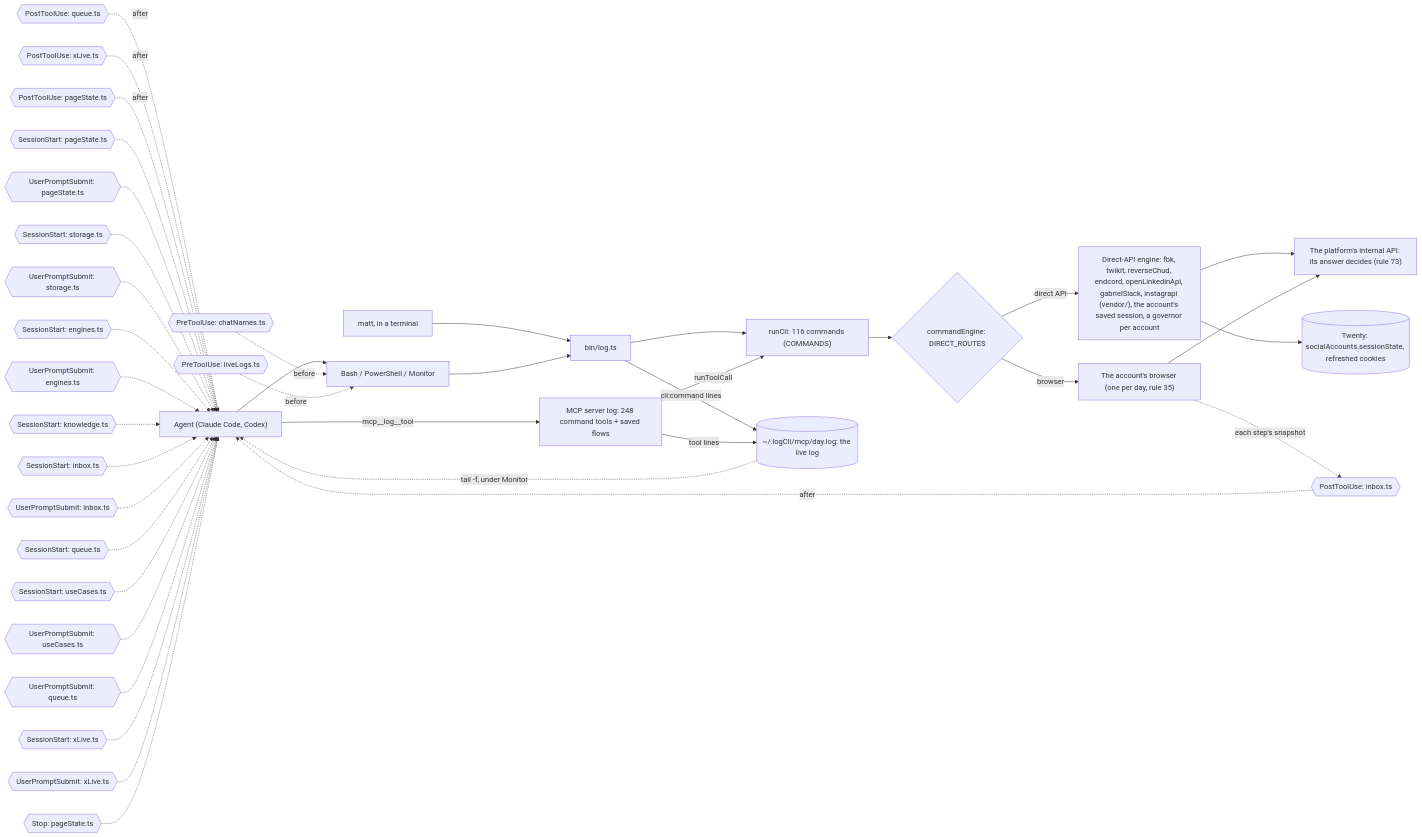
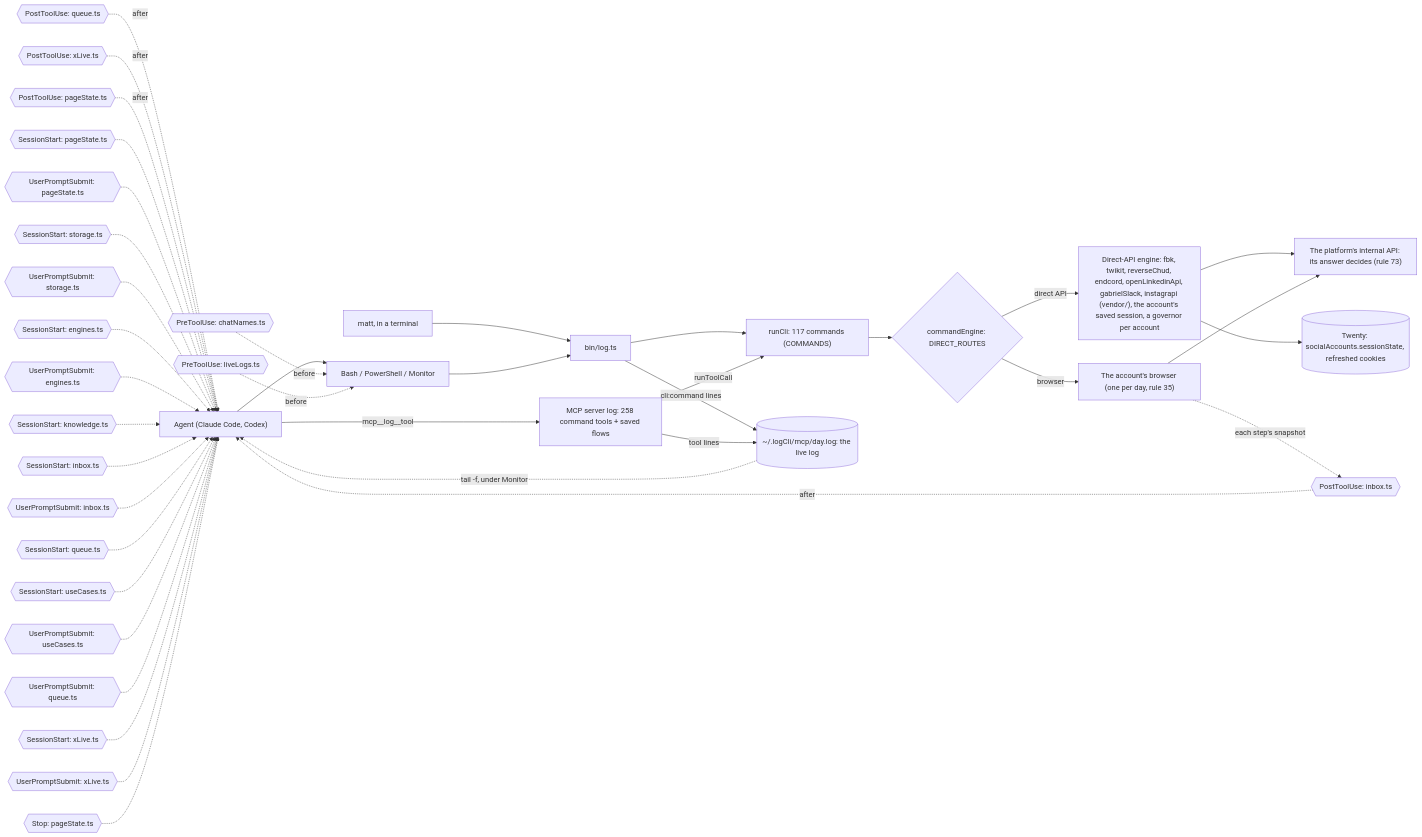
One commit to matthewdonsemail-lab/log changed the third of 6 diagrams in docs/reference.md. Above: the diagram before and after it, drawn with Mermaid. The commit also changed other lines of this file and 48 other files, not shown here.

````diff
--- a/docs/reference.md
+++ b/docs/reference.md
@@ -195,53 +195,53 @@
 ```mermaid
 flowchart LR
   agent["Agent (Claude Code, Codex)"]
   matt["matt, in a terminal"]
   shell["Bash / PowerShell / Monitor"]
-  mcp["MCP server log: 248 command tools + saved flows"]
+  mcp["MCP server log: 258 command tools + saved flows"]
   bin["bin/log.ts"]
-  runCli["runCli: 116 commands (COMMANDS)"]
+  runCli["runCli: 117 commands (COMMANDS)"]
   live[("~/.logCli/mcp/day.log: the live log")]
   engine{"commandEngine: DIRECT_ROUTES"}
   direct["Direct-API engine: fbk, twikit, reverseChud, endcord, openLinkedinApi, gabrielSlack, instagrapi (vendor/), the account's saved session, a governor per account"]
   browser["The account's browser (one per day, rule 35)"]
   api["The platform's internal API: its answer decides (rule 73)"]
   twenty[("Twenty: socialAccounts.sessionState, refreshed cookies")]
   agent --> shell
   matt --> bin
   shell --> bin
   agent -->|mcp__log__tool| mcp
   bin --> runCli
   mcp -->|runToolCall| runCli
   runCli --> engine
   engine -->|direct API| direct
   engine -->|browser| browser
   direct --> api
   browser --> api
   direct --> twenty
   bin -->|cli:command lines| live
   mcp -->|tool lines| live
   live -.->|tail -f, under Monitor| agent
   pre0{{"PreToolUse: chatNames.ts"}} -.->|before| shell
   pre1{{"PreToolUse: liveLogs.ts"}} -.->|before| shell
   post0{{"PostToolUse: inbox.ts"}} -.->|after| agent
   post1{{"PostToolUse: queue.ts"}} -.->|after| agent
   post2{{"PostToolUse: xLive.ts"}} -.->|after| agent
   post3{{"PostToolUse: pageState.ts"}} -.->|after| agent
   turn0{{"SessionStart: pageState.ts"}} -.-> agent
   turn1{{"UserPromptSubmit: pageState.ts"}} -.-> agent
   turn2{{"SessionStart: storage.ts"}} -.-> agent
   turn3{{"UserPromptSubmit: storage.ts"}} -.-> agent
   turn4{{"SessionStart: engines.ts"}} -.-> agent
   turn5{{"UserPromptSubmit: engines.ts"}} -.-> agent
   turn6{{"SessionStart: knowledge.ts"}} -.-> agent
   turn7{{"SessionStart: inbox.ts"}} -.-> agent
   turn8{{"UserPromptSubmit: inbox.ts"}} -.-> agent
   turn9{{"SessionStart: queue.ts"}} -.-> agent
   turn10{{"SessionStart: useCases.ts"}} -.-> agent
   turn11{{"UserPromptSubmit: useCases.ts"}} -.-> agent
   turn12{{"UserPromptSubmit: queue.ts"}} -.-> agent
   turn13{{"SessionStart: xLive.ts"}} -.-> agent
   turn14{{"UserPromptSubmit: xLive.ts"}} -.-> agent
   turn15{{"Stop: pageState.ts"}} -.-> agent
   browser -.->|each step's snapshot| post0
 ```
````
